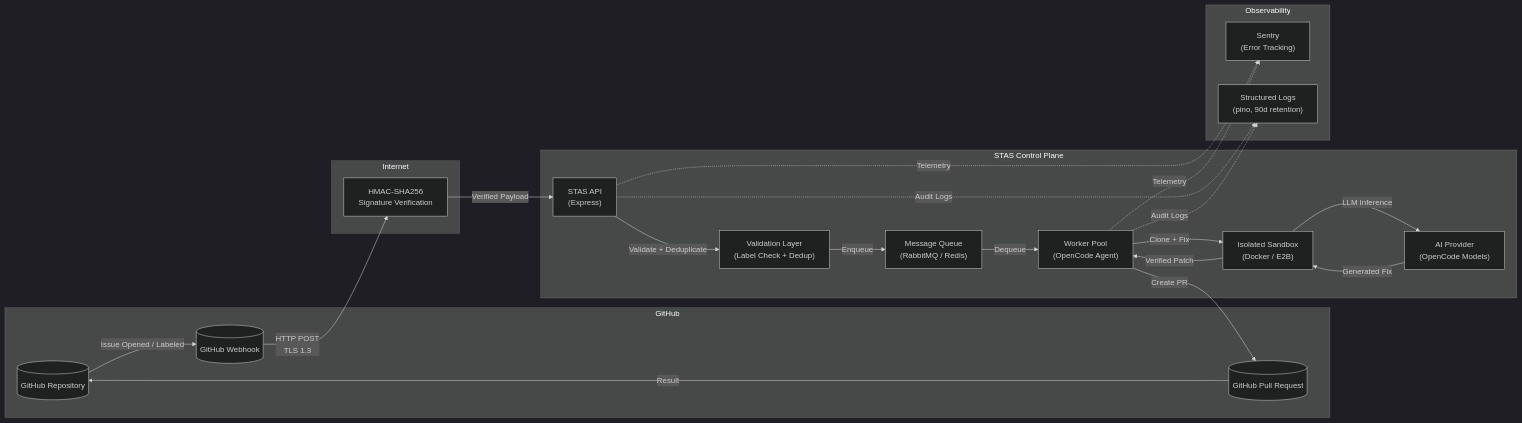
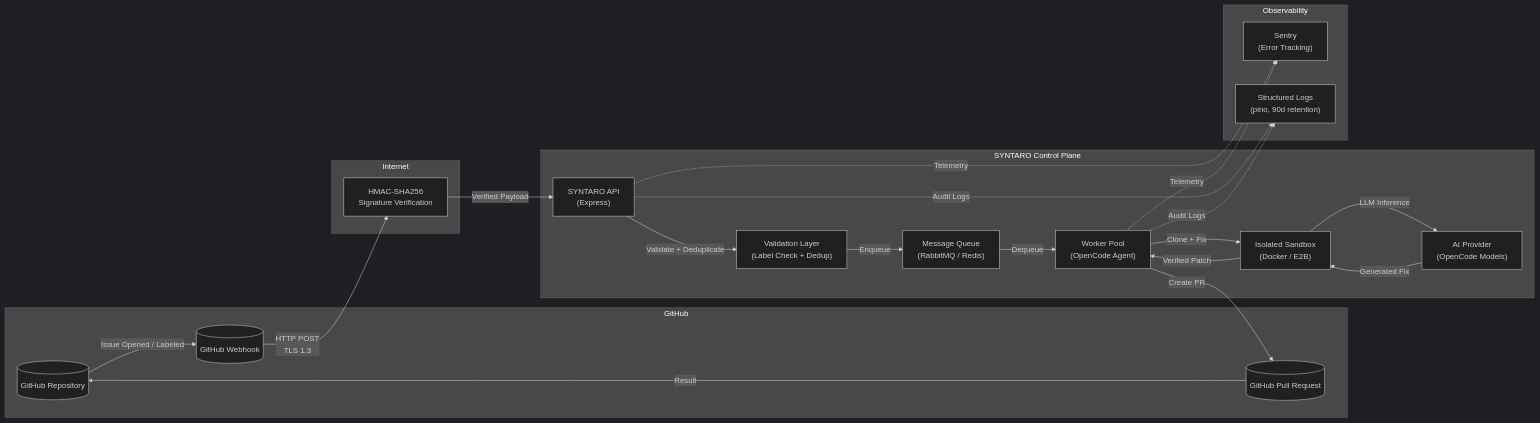
One commit to Aimino-Tech/solving_tickets_as_a_service changed the first of 2 diagrams in docs/security/security-overview.md. Above: the diagram before and after it, drawn with Mermaid (dark theme). The commit also changed other lines of this file and 953 other files, not shown here.

First line of the commit message:
refactor(AIM-4477): rebrand STAS → SYNTARO in code, configs, docs, and deploy

````diff
--- a/docs/security/security-overview.md
+++ b/docs/security/security-overview.md
@@ -18,44 +18,44 @@
 ```mermaid
 flowchart LR
     subgraph "GitHub"
         GH_REPO[("GitHub Repository")]
         GH_WEBHOOK[("GitHub Webhook")]
         GH_PR[("GitHub Pull Request")]
     end
 
     subgraph "Internet"
         WEBHOOK_SIG["HMAC-SHA256<br/>Signature Verification"]
     end
 
-    subgraph "STAS Control Plane"
-        API["STAS API<br/>(Express)"]
+    subgraph "SYNTARO Control Plane"
+        API["SYNTARO API<br/>(Express)"]
         VALIDATION["Validation Layer<br/>(Label Check + Dedup)"]
         QUEUE["Message Queue<br/>(RabbitMQ / Redis)"]
         WORKER["Worker Pool<br/>(OpenCode Agent)"]
         SANDBOX["Isolated Sandbox<br/>(Docker / E2B)"]
         AI_PROVIDER["AI Provider<br/>(OpenCode Models)"]
     end
 
     subgraph "Observability"
         SENTRY["Sentry<br/>(Error Tracking)"]
         LOGS["Structured Logs<br/>(pino, 90d retention)"]
     end
 
     GH_REPO -->|"Issue Opened / Labeled"| GH_WEBHOOK
     GH_WEBHOOK -->|"HTTP POST<br/>TLS 1.3"| WEBHOOK_SIG
     WEBHOOK_SIG -->|"Verified Payload"| API
     API -->|"Validate + Deduplicate"| VALIDATION
     VALIDATION -->|"Enqueue"| QUEUE
     QUEUE -->|"Dequeue"| WORKER
     WORKER -->|"Clone + Fix"| SANDBOX
     SANDBOX -->|"LLM Inference"| AI_PROVIDER
     AI_PROVIDER -->|"Generated Fix"| SANDBOX
     SANDBOX -->|"Verified Patch"| WORKER
     WORKER -->|"Create PR"| GH_PR
     GH_PR -->|"Result"| GH_REPO
 
     API -.->|"Telemetry"| SENTRY
     WORKER -.->|"Telemetry"| SENTRY
     API -.->|"Audit Logs"| LOGS
     WORKER -.->|"Audit Logs"| LOGS
 ```
````
